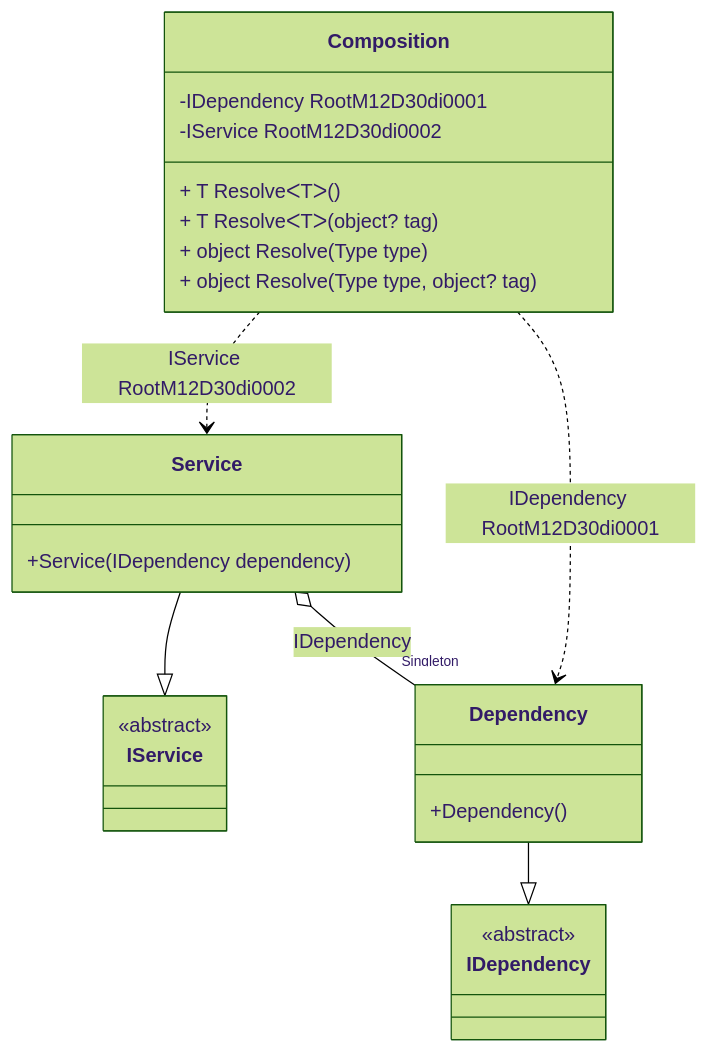
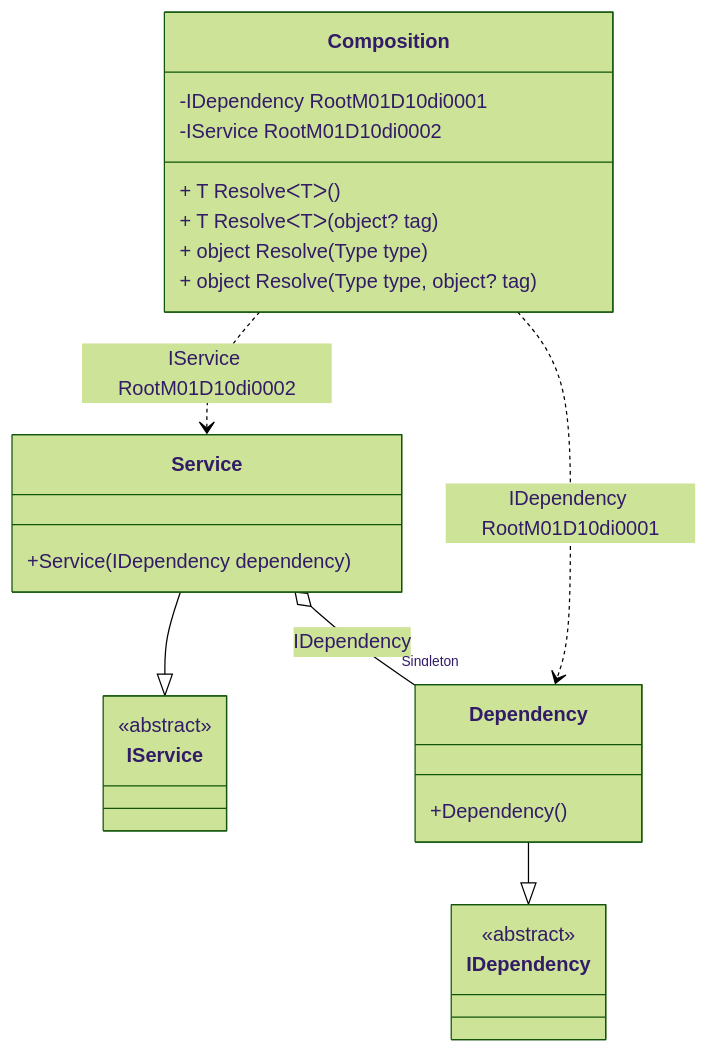
Before and after one commit to DevTeam/Pure.DI: the diagram in readme/service-collection.md, drawn with Mermaid (forest theme). The commit also changed other lines of this file and 73 other files, not shown here.

````diff
--- a/readme/service-collection.md
+++ b/readme/service-collection.md
@@ -47,28 +47,28 @@
 ```mermaid
 classDiagram
   class Composition {
-    -IDependency RootM12D30di0001
-    -IService RootM12D30di0002
+    -IDependency RootM01D10di0001
+    -IService RootM01D10di0002
     + T ResolveᐸTᐳ()
     + T ResolveᐸTᐳ(object? tag)
     + object Resolve(Type type)
     + object Resolve(Type type, object? tag)
   }
   Service --|> IService : 
   class Service {
     +Service(IDependency dependency)
   }
   Dependency --|> IDependency : 
   class Dependency {
     +Dependency()
   }
   class IService {
     <<abstract>>
   }
   class IDependency {
     <<abstract>>
   }
   Service o--  "Singleton" Dependency : IDependency
-  Composition ..> Dependency : IDependency RootM12D30di0001
-  Composition ..> Service : IService RootM12D30di0002
+  Composition ..> Dependency : IDependency RootM01D10di0001
+  Composition ..> Service : IService RootM01D10di0002
 ```
````
